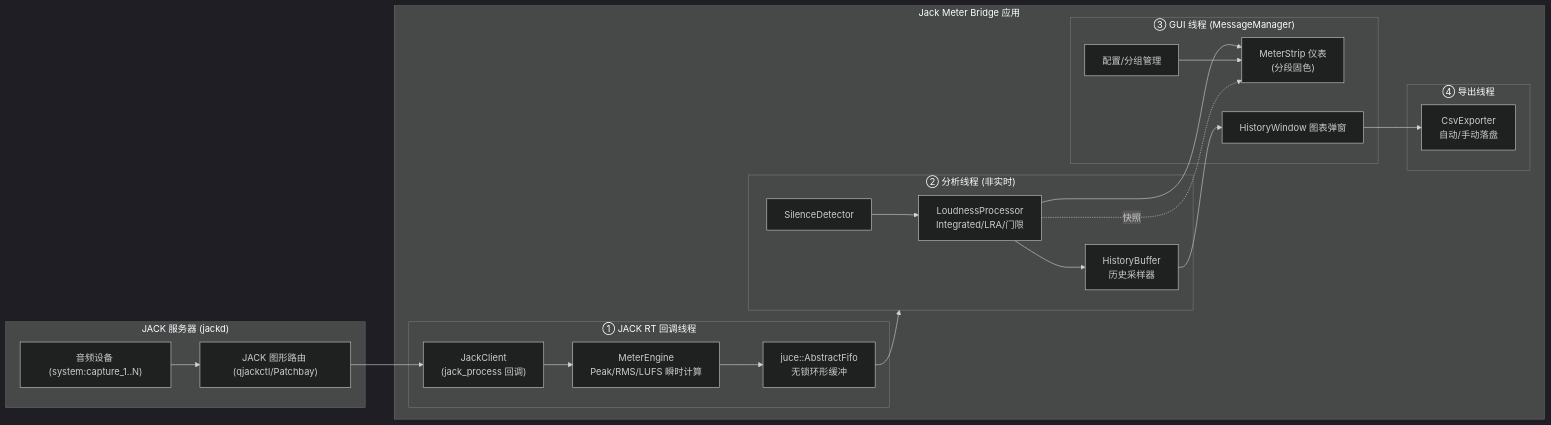
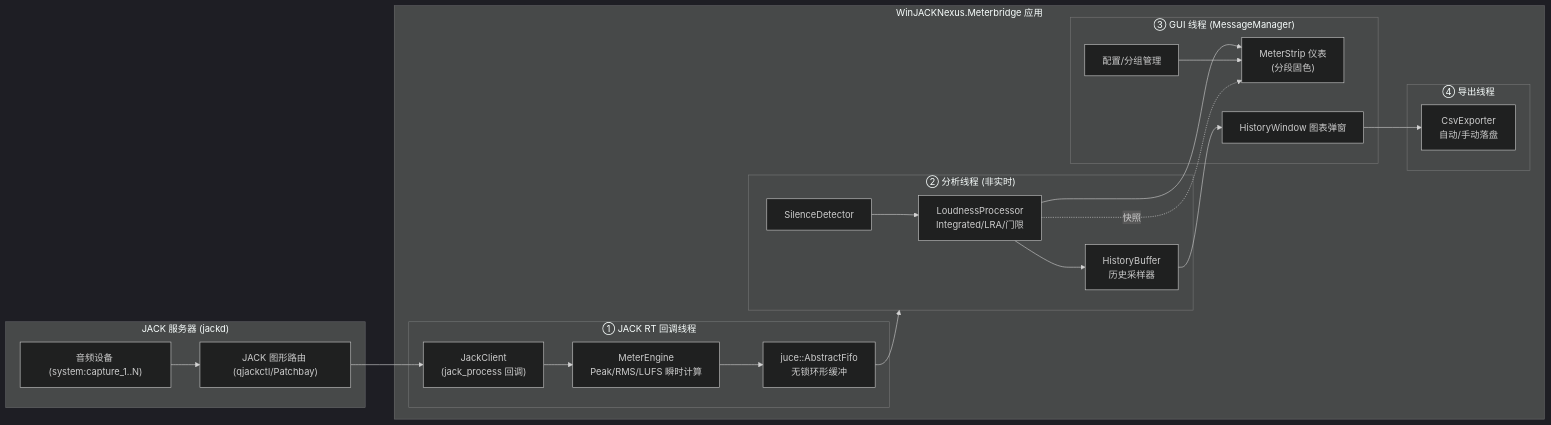
The diagram in docs/WinJACKNexus.MeterBridge_开发计划书.md (AI-Hobbyist/WinJACKNexus), drawn with Mermaid (dark theme) before and after one commit. The commit also changed other lines of this file and 48 other files, not shown here.

````diff
--- a/docs/WinJACKNexus.MeterBridge_开发计划书.md
+++ b/docs/WinJACKNexus.MeterBridge_开发计划书.md
@@ -52,37 +52,37 @@
 ```mermaid
 flowchart LR
     subgraph JACKServer["JACK 服务器 (jackd)"]
         A["音频设备 (system:capture_1..N)"]
         B["JACK 图形路由 (qjackctl/Patchbay)"]
     end
-    subgraph App["Jack Meter Bridge 应用"]
+    subgraph App["WinJACKNexus.Meterbridge 应用"]
         subgraph RT["① JACK RT 回调线程"]
             JC["JackClient<br/>(jack_process 回调)"]
             ENG["MeterEngine<br/>Peak/RMS/LUFS 瞬时计算"]
             FIFO["juce::AbstractFifo<br/>无锁环形缓冲"]
         end
         subgraph AN["② 分析线程 (非实时)"]
             LU["LoudnessProcessor<br/>Integrated/LRA/门限"]
             SIL["SilenceDetector"]
             HIST["HistoryBuffer<br/>历史采样器"]
         end
         subgraph GUI["③ GUI 线程 (MessageManager)"]
             METER["MeterStrip 仪表<br/>(分段固色)"]
             CHART["HistoryWindow 图表弹窗"]
             CFG["配置/分组管理"]
         end
         subgraph EXP["④ 导出线程"]
             CSV["CsvExporter<br/>自动/手动落盘"]
         end
     end
 
     A --> B --> JC
     JC --> ENG --> FIFO
     FIFO --> AN
     LU --> METER
     LU --> HIST --> CHART
     SIL --> LU
     CHART --> CSV
     CFG --> METER
     LU -. 快照 .-> METER
 ```
````
